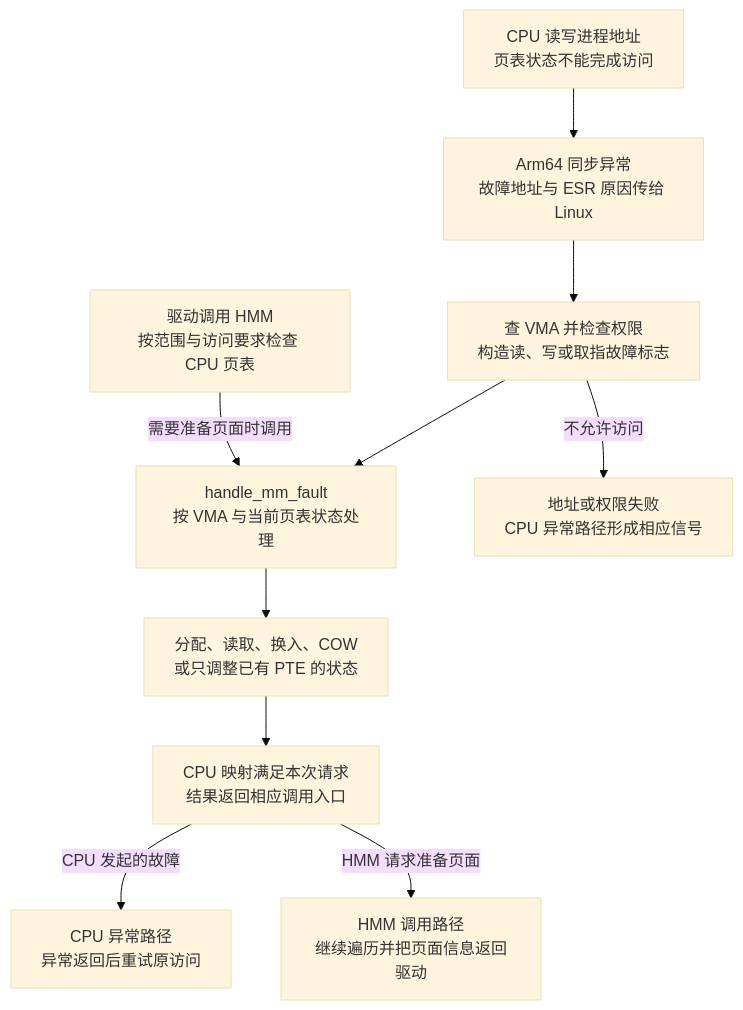
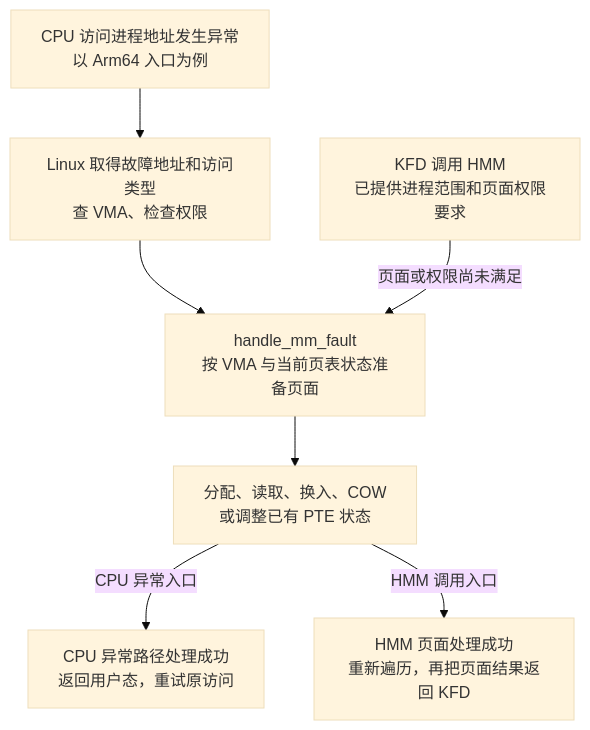
One commit to hxfei-git/gpu-study changed the fourth of 13 diagrams in 05_HMM 与 SVM：GPU 缺页恢复与页面迁移.md. Above: the diagram before and after it, drawn with Mermaid (base theme). The commit also changed other lines of this file and 4 other files, not shown here.

````diff
--- a/05_HMM 与 SVM：GPU 缺页恢复与页面迁移.md
+++ b/05_HMM 与 SVM：GPU 缺页恢复与页面迁移.md
@@ -853,18 +1220,15 @@
 ```mermaid
 flowchart TD
-    C["CPU 读写进程地址<br/>页表状态不能完成访问"]
-    A["Arm64 同步异常<br/>故障地址与 ESR 原因传给 Linux"]
-    V["查 VMA 并检查权限<br/>构造读、写或取指故障标志"]
-    H["handle_mm_fault<br/>按 VMA 与当前页表状态处理"]
-    X["分配、读取、换入、COW<br/>或只调整已有 PTE 的状态"]
-    R["CPU 映射满足本次请求<br/>结果返回相应调用入口"]
-    CR["CPU 异常路径<br/>异常返回后重试原访问"]
-    HR["HMM 调用路径<br/>继续遍历并把页面信息返回驱动"]
-    D["驱动调用 HMM<br/>按范围与访问要求检查 CPU 页表"]
-    E["地址或权限失败<br/>CPU 异常路径形成相应信号"]
-    C --> A --> V --> H --> X --> R
-    R -->|CPU 发起的故障| CR
-    R -->|HMM 请求准备页面| HR
-    V -->|不允许访问| E
-    D -->|需要准备页面时调用| H
+    C["CPU 访问进程地址发生异常<br/>以 Arm64 入口为例"]
+    V["Linux 取得故障地址和访问类型<br/>查 VMA、检查权限"]
+    D["KFD 调用 HMM<br/>已提供进程范围和页面权限要求"]
+    H["handle_mm_fault<br/>按 VMA 与当前页表状态准备页面"]
+    X["分配、读取、换入、COW<br/>或调整已有 PTE 状态"]
+    CR["CPU 异常路径处理成功<br/>返回用户态，重试原访问"]
+    HR["HMM 页面处理成功<br/>重新遍历，再把页面结果返回 KFD"]
+    C --> V --> H
+    D -->|页面或权限尚未满足| H
+    H --> X
+    X -->|CPU 异常入口| CR
+    X -->|HMM 调用入口| HR
 ```
````
